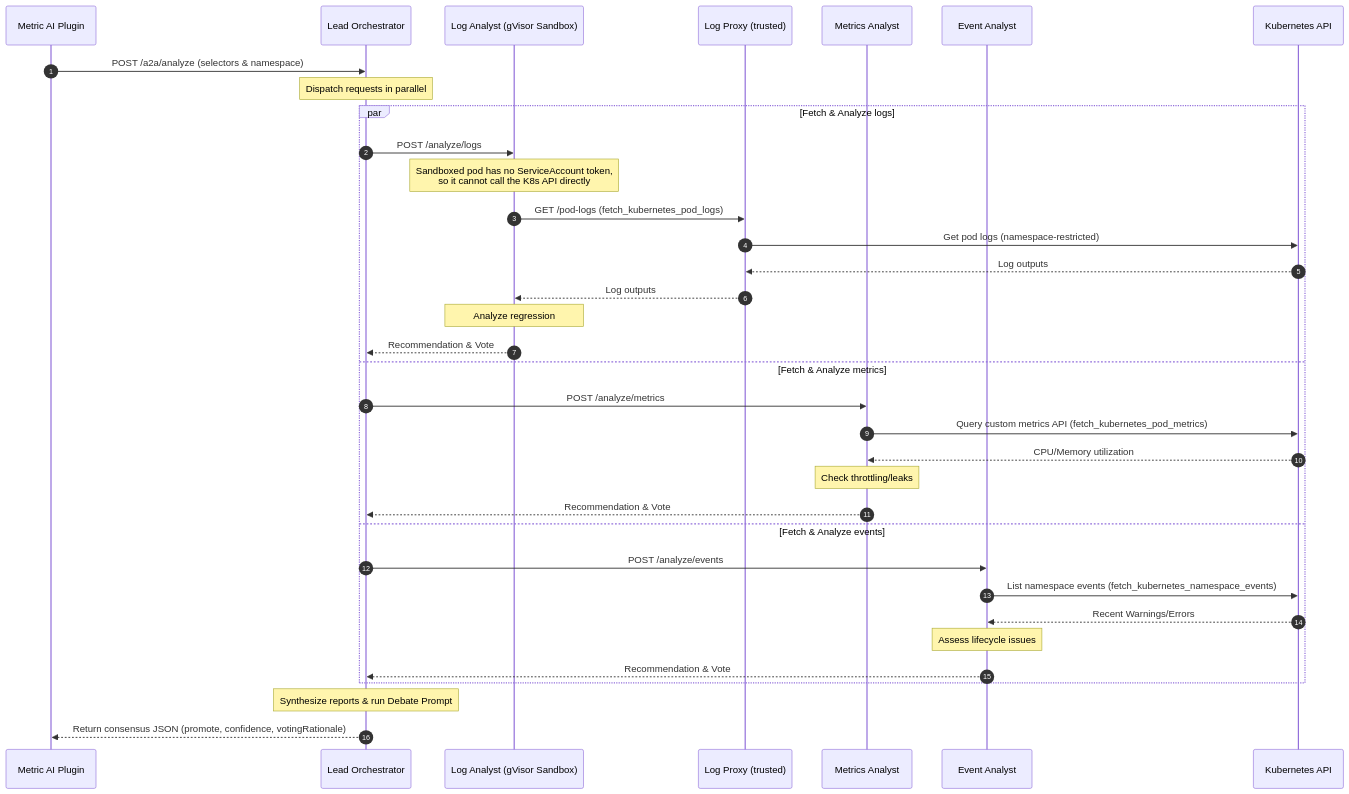
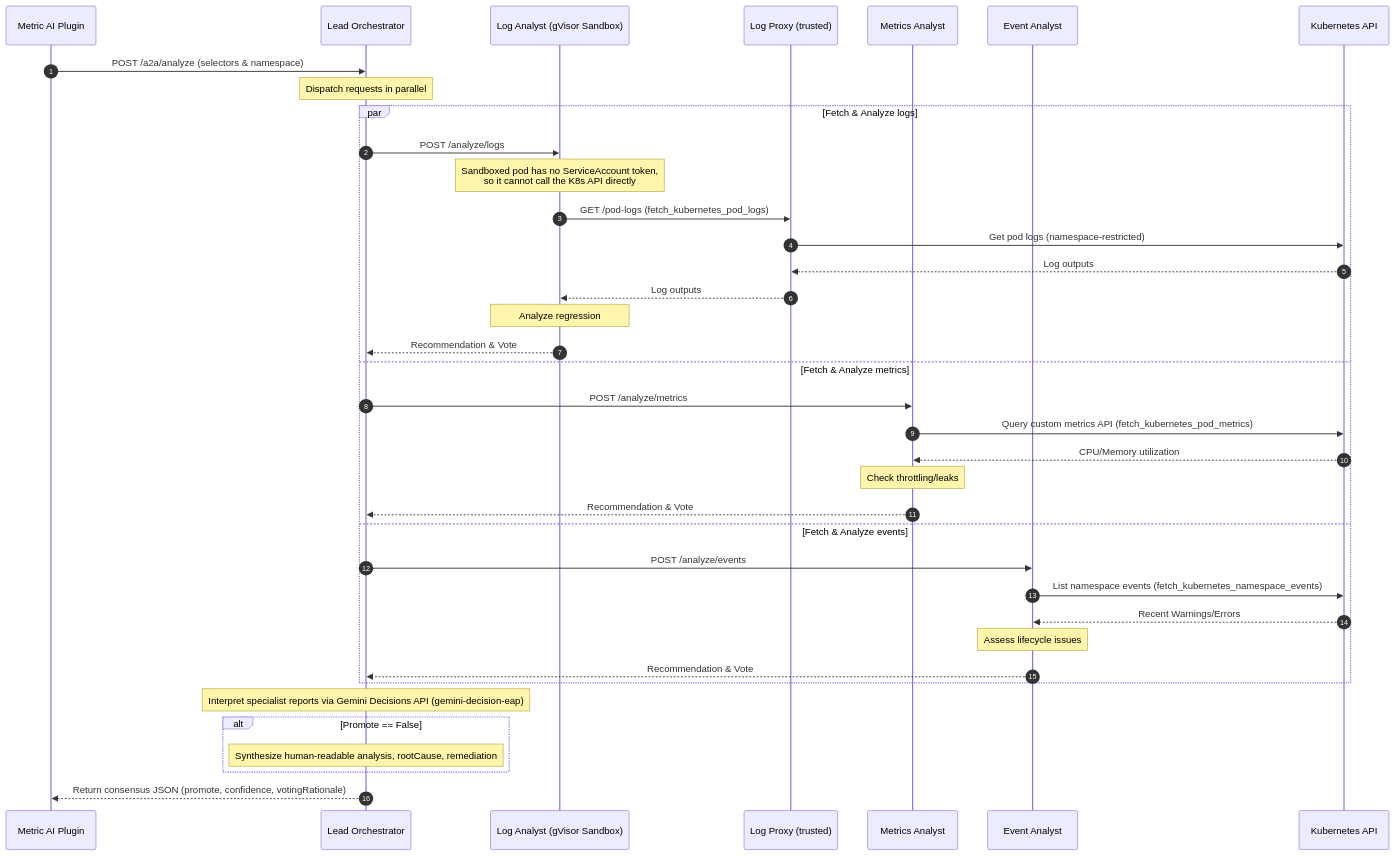
The second of 2 diagrams in README.md (carlossg/kubernetes-agents-antigravity), drawn with Mermaid before and after one commit. The commit also changed other lines of this file and 6 other files, not shown here.

Commit message:
feat(orchestrator): use Gemini Decisions REST API to evaluate specialist reports

````diff
--- a/README.md
+++ b/README.md
@@ -61,38 +61,41 @@
 ```mermaid
 sequenceDiagram
     autonumber
     participant Plugin as Metric AI Plugin
     participant Orch as Lead Orchestrator
     participant Logs as Log Analyst (gVisor Sandbox)
     participant Proxy as Log Proxy (trusted)
     participant Metrics as Metrics Analyst
     participant Events as Event Analyst
     participant K8s as Kubernetes API
 
     Plugin->>Orch: POST /a2a/analyze (selectors & namespace)
     Note over Orch: Dispatch requests in parallel
     par Fetch & Analyze logs
         Orch->>Logs: POST /analyze/logs
         Note over Logs: Sandboxed pod has no ServiceAccount token,<br/>so it cannot call the K8s API directly
         Logs->>Proxy: GET /pod-logs (fetch_kubernetes_pod_logs)
         Proxy->>K8s: Get pod logs (namespace-restricted)
         K8s-->>Proxy: Log outputs
         Proxy-->>Logs: Log outputs
         Note over Logs: Analyze regression
         Logs-->>Orch: Recommendation & Vote
     and Fetch & Analyze metrics
         Orch->>Metrics: POST /analyze/metrics
         Metrics->>K8s: Query custom metrics API (fetch_kubernetes_pod_metrics)
         K8s-->>Metrics: CPU/Memory utilization
         Note over Metrics: Check throttling/leaks
         Metrics-->>Orch: Recommendation & Vote
     and Fetch & Analyze events
         Orch->>Events: POST /analyze/events
         Events->>K8s: List namespace events (fetch_kubernetes_namespace_events)
         K8s-->>Events: Recent Warnings/Errors
         Note over Events: Assess lifecycle issues
         Events-->>Orch: Recommendation & Vote
     end
-    Note over Orch: Synthesize reports & run Debate Prompt
+    Note over Orch: Interpret specialist reports via Gemini Decisions API (gemini-decision-eap)
+    alt Promote == False
+        Note over Orch: Synthesize human-readable analysis, rootCause, remediation
+    end
     Orch-->>Plugin: Return consensus JSON (promote, confidence, votingRationale)
 ```
````
